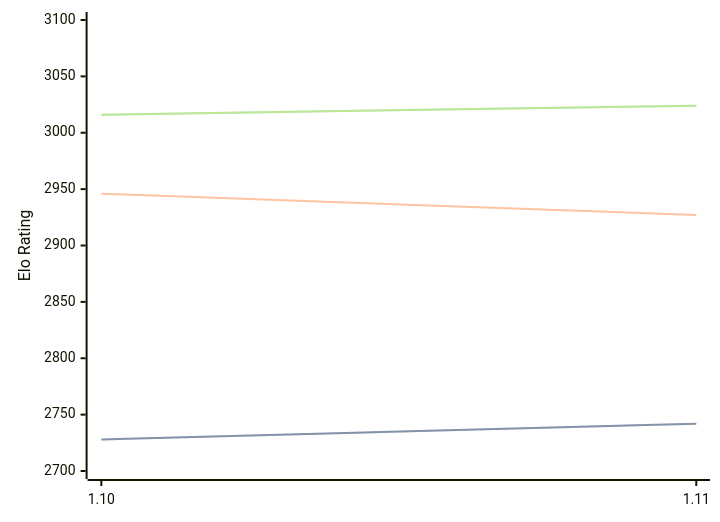
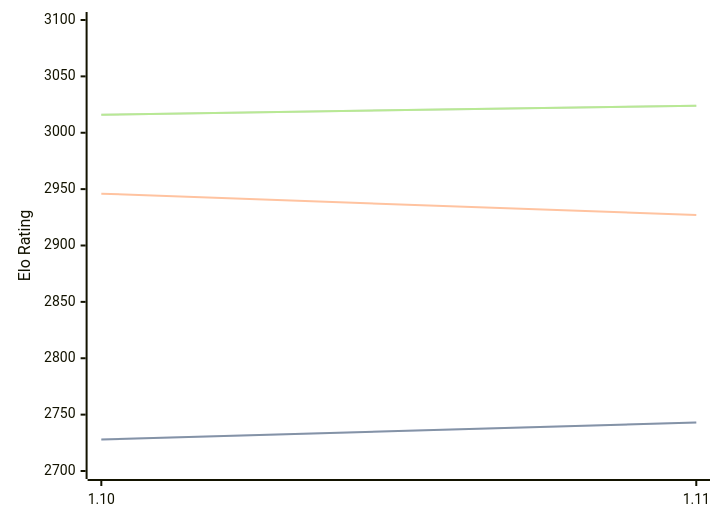
The third of 3 diagrams in engines/Roc.md (computer-chess-index/cci), drawn with Mermaid before and after one commit. The commit also changed other lines of this file, not shown here.

````diff
--- a/engines/Roc.md
+++ b/engines/Roc.md
@@ -98,11 +98,11 @@
 ```mermaid
 %%{init: {"theme":"base","themeVariables":{"seriesColors:['#a3a3a3','#222221','#faa371']}}}%%
 xychart-beta
   x-axis ["1.10", "1.11"]
   y-axis "Elo Rating" 2700 --> 3100
-  line "STC (8.0+0.08s)" [2728, 2742]
-  line "STC (8.0+0.08s)" [2728, 2742]
+  line "STC (8.0+0.08s)" [2728, 2743]
+  line "STC (8.0+0.08s)" [2728, 2743]
   line "LTC (60.0+0.60s)" [2946, 2927]
   line "VLTC (2m24s+1.12s)" [3016, 3024]
   line "VLTC (2m24s+1.12s)" [3016, 3024]
 ```
````
